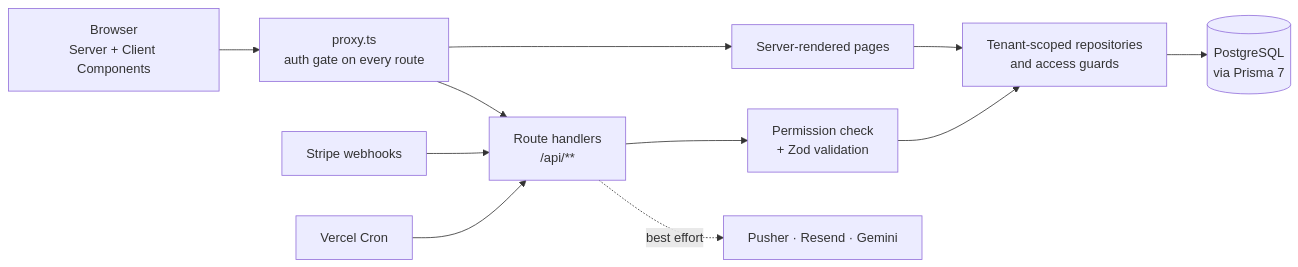
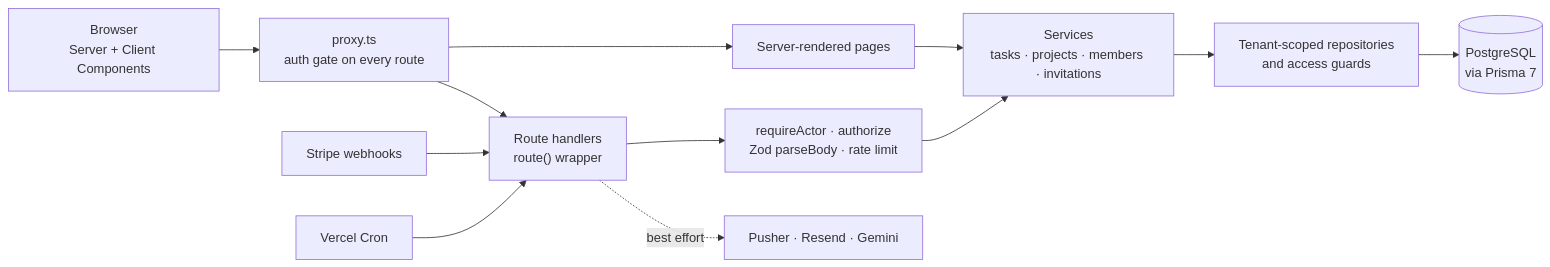
The diagram in README.md (De-Junior/Teamflow), drawn with Mermaid before and after one commit. The commit also changed other lines of this file and 101 other files, not shown here.

````diff
--- a/README.md
+++ b/README.md
@@ -58,13 +59,14 @@
 ```mermaid
 flowchart LR
     Browser["Browser<br/>Server + Client Components"] --> Proxy["proxy.ts<br/>auth gate on every route"]
     Proxy --> Pages["Server-rendered pages"]
-    Proxy --> API["Route handlers<br/>/api/**"]
-    API --> Guard["Permission check<br/>+ Zod validation"]
-    Pages --> Repo
-    Guard --> Repo["Tenant-scoped repositories<br/>and access guards"]
+    Proxy --> API["Route handlers<br/>route() wrapper"]
+    API --> Guard["requireActor · authorize<br/>Zod parseBody · rate limit"]
+    Guard --> Services["Services<br/>tasks · projects · members · invitations"]
+    Pages --> Services
+    Services --> Repo["Tenant-scoped repositories<br/>and access guards"]
     Repo --> DB[("PostgreSQL<br/>via Prisma 7")]
     API -. best effort .-> Side["Pusher · Resend · Gemini"]
     Stripe["Stripe webhooks"] --> API
     Cron["Vercel Cron"] --> API
 ```
````
